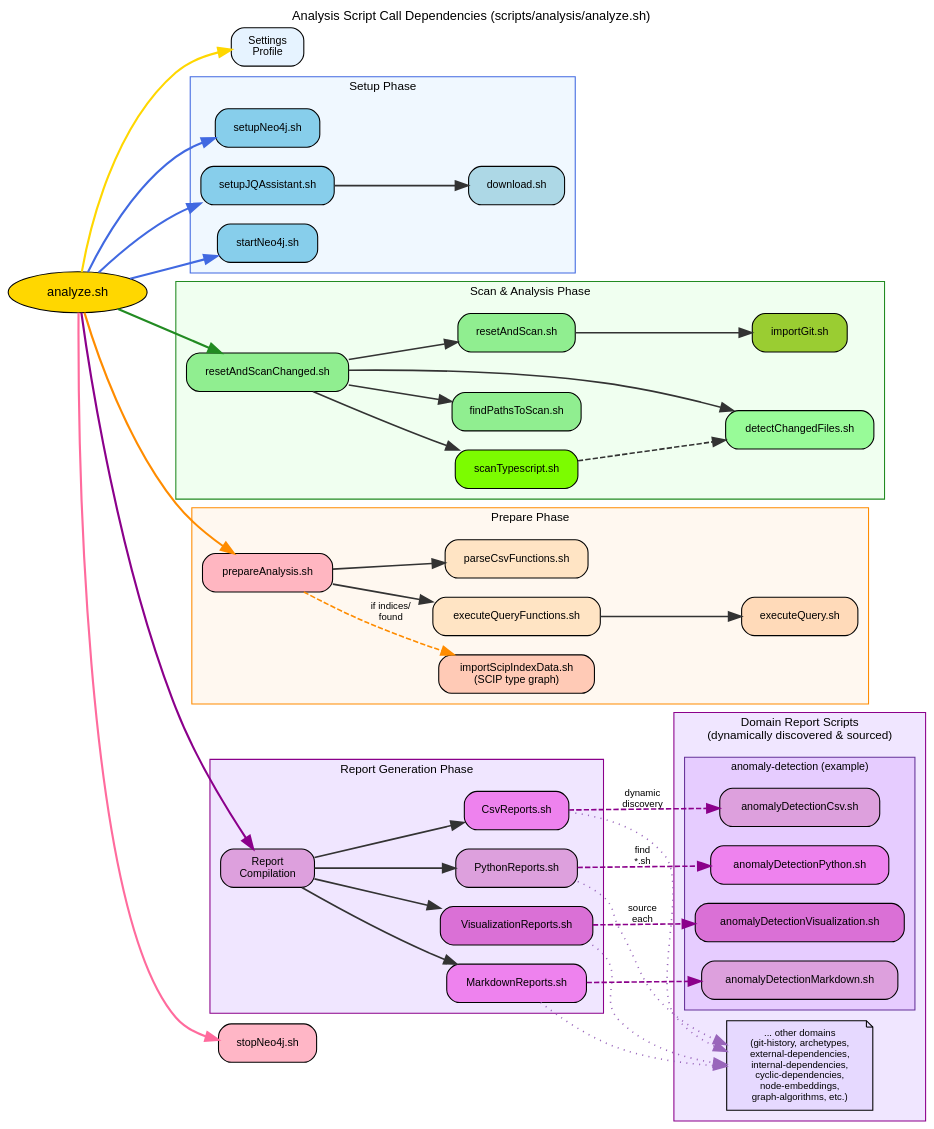
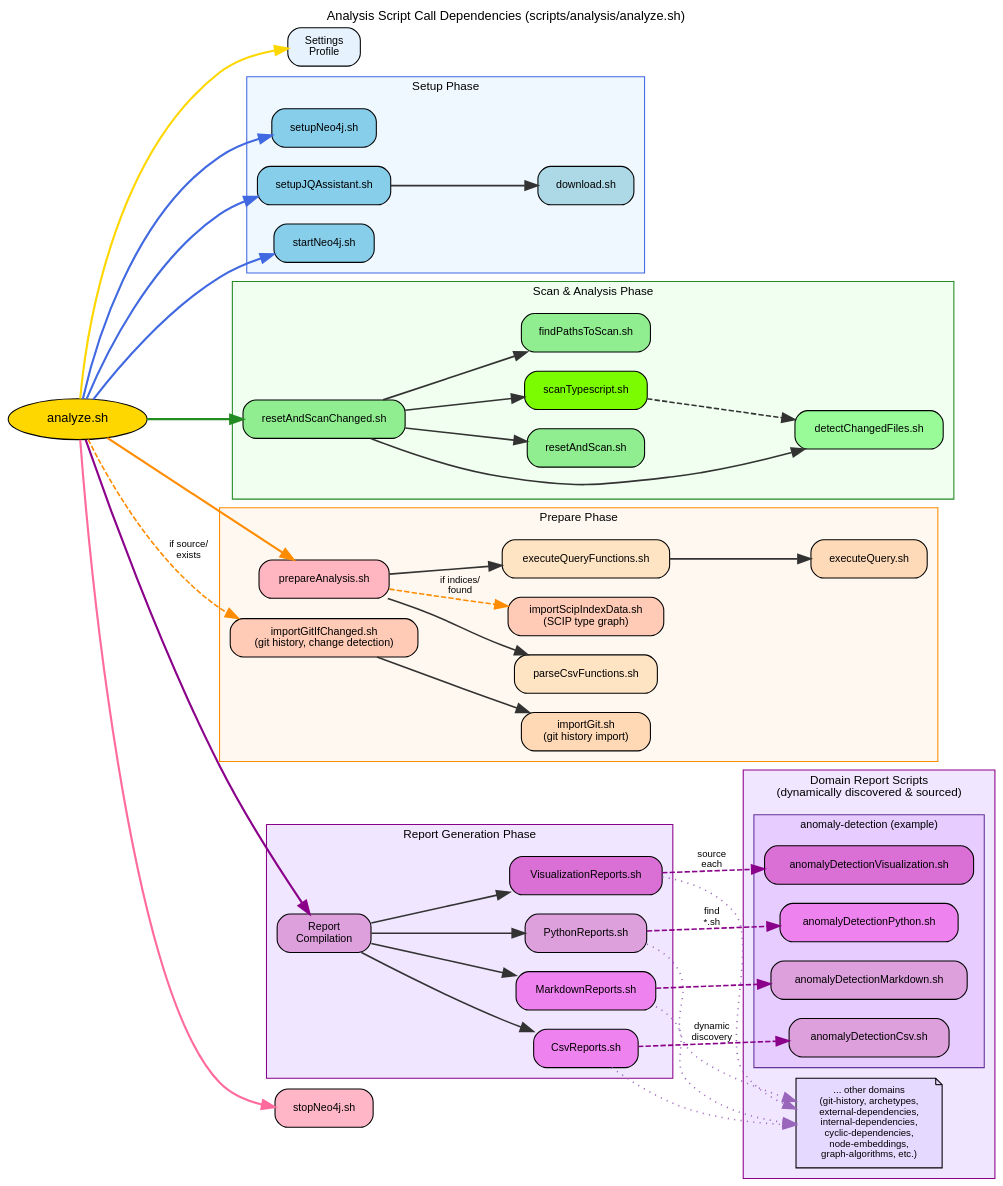
The diagram in scripts/analysis/analysis_process_graph.gv (JohT/code-graph-analysis-pipeline), drawn with Graphviz before and after one commit. The commit also changed 8 other files, not shown here.

Commit message:
Refactor git import and add change detection

```diff
--- a/scripts/analysis/analysis_process_graph.gv
+++ b/scripts/analysis/analysis_process_graph.gv
@@ -1,184 +1,185 @@
 digraph ScriptDependencies {
     graph [
         rankdir=LR,
         bgcolor="transparent",
         fontname="Helvetica",
         fontsize=12,
         labelloc="top",
         label="Analysis Script Call Dependencies (scripts/analysis/analyze.sh)"
     ];
     
     node [
         shape=box,
         style="rounded,filled",
         fontname="Helvetica",
         fontsize=10,
         margin="0.2,0.1"
     ];
     
     edge [
         fontname="Helvetica",
         fontsize=9,
         color="#333333",
         penwidth=1.5,
         arrowsize=1.2
     ];
 
     // Main entry point
     analyze [label="analyze.sh", fillcolor="#FFD700", fontcolor="black", fontweight="bold", shape="ellipse", fontsize=12];
     
     // Profile selection
     profile [label="Settings\nProfile", fillcolor="#E6F3FF"];
     
     // Setup phase - subgraph
     subgraph cluster_setup {
         label="Setup Phase";
         fontname="Helvetica";
         fontsize=11;
         style="filled";
         fillcolor="#F0F8FF";
         color="#4169E1";
         margin=10;
         
         setupNeo4j [label="setupNeo4j.sh", fillcolor="#87CEEB"];
         setupJQAssistant [label="setupJQAssistant.sh", fillcolor="#87CEEB"];
         startNeo4j [label="startNeo4j.sh", fillcolor="#87CEEB"];
         download [label="download.sh", fillcolor="#ADD8E6"];
     }
     
     // Scan phase - subgraph
     subgraph cluster_scan {
         label="Scan & Analysis Phase";
         fontname="Helvetica";
         fontsize=11;
         style="filled";
         fillcolor="#F0FFF0";
         color="#228B22";
         margin=10;
         
         resetAndScanChanged [label="resetAndScanChanged.sh", fillcolor="#90EE90"];
         scanTypescript [label="scanTypescript.sh", fillcolor="#7CFC00"];
         findPathsToScan [label="findPathsToScan.sh", fillcolor="#90EE90"];
         detectChangedFiles [label="detectChangedFiles.sh", fillcolor="#98FB98"];
         resetAndScan [label="resetAndScan.sh", fillcolor="#90EE90"];
-        importGit [label="importGit.sh", fillcolor="#9ACD32"];
     }
     
     // Prepare phase - subgraph
     subgraph cluster_prepare {
         label="Prepare Phase";
         fontname="Helvetica";
         fontsize=11;
         style="filled";
         fillcolor="#FFF8F0";
         color="#FF8C00";
         margin=10;
         
         prepareAnalysis [label="prepareAnalysis.sh", fillcolor="#FFB6C1"];
         importScipIndex [label="importScipIndexData.sh\n(SCIP type graph)", fillcolor="#FFCAB6"];
+        importGitIfChanged [label="importGitIfChanged.sh\n(git history, change detection)", fillcolor="#FFCAB6"];
+        importGit [label="importGit.sh\n(git history import)", fillcolor="#FFD9B6"];
         executeQueryFunctions [label="executeQueryFunctions.sh", fillcolor="#FFE4C4"];
         executeQuery [label="executeQuery.sh", fillcolor="#FFDAB9"];
         parseCsvFunctions [label="parseCsvFunctions.sh", fillcolor="#FFE4C4"];
     }
     
     // Report generation phase - subgraph
     subgraph cluster_reports {
         label="Report Generation Phase";
         fontname="Helvetica";
         fontsize=11;
         style="filled";
         fillcolor="#F0E6FF";
         color="#8B008B";
         margin=10;
         
         reportCompilation [label="Report\nCompilation", fillcolor="#DDA0DD", fontweight="bold"];
         csvReports [label="CsvReports.sh", fillcolor="#EE82EE"];
         pythonReports [label="PythonReports.sh", fillcolor="#DDA0DD"];
         visualizationReports [label="VisualizationReports.sh", fillcolor="#DA70D6"];
         markdownReports [label="MarkdownReports.sh", fillcolor="#EE82EE"];
     }
     
     // Cleanup phase
     stopNeo4j [label="stopNeo4j.sh", fillcolor="#FFB6C6", shape="box"];
     
     // Domain report scripts - subgraph
     subgraph cluster_domains {
         label="Domain Report Scripts\n(dynamically discovered & sourced)";
         fontname="Helvetica";
         fontsize=11;
         style="filled";
         fillcolor="#F0E6FF";
         color="#8B008B";
         margin=10;
         
         subgraph cluster_domain_anomaly {
             label="anomaly-detection (example)";
             fontsize=10;
             style="filled";
             fillcolor="#E6CCFF";
             color="#663399";
             
             anomalyCsv [label="anomalyDetectionCsv.sh", fillcolor="#DDA0DD"];
             anomalyPython [label="anomalyDetectionPython.sh", fillcolor="#EE82EE"];
             anomalyVisualization [label="anomalyDetectionVisualization.sh", fillcolor="#DA70D6"];
             anomalyMarkdown [label="anomalyDetectionMarkdown.sh", fillcolor="#DDA0DD"];
         }
         
         // Other domains indicator
         moreDomains [label="... other domains\n(git-history, archetypes,\nexternal-dependencies,\ninternal-dependencies,\ncyclic-dependencies,\nnode-embeddings,\ngraph-algorithms, etc.)", shape="note", fillcolor="#E6D9FF", fontsize=9];
     }
 
     // Main flow edges
     analyze -> profile [color="#FFD700", penwidth=2];
     analyze -> setupNeo4j [color="#4169E1", penwidth=2];
     analyze -> setupJQAssistant [color="#4169E1", penwidth=2];
     analyze -> startNeo4j [color="#4169E1", penwidth=2];
     analyze -> resetAndScanChanged [color="#228B22", penwidth=2];
+    analyze -> importGitIfChanged [label="if source/\nexists", style="dashed", color="#FF8C00"];
     analyze -> prepareAnalysis [color="#FF8C00", penwidth=2];
     analyze -> reportCompilation [color="#8B008B", penwidth=2];
     analyze -> stopNeo4j [color="#FF6B9D", penwidth=2];
     
     // Setup phase edges
     setupJQAssistant -> download;
     
     // Scan phase edges
     resetAndScanChanged -> scanTypescript;
     resetAndScanChanged -> findPathsToScan;
     resetAndScanChanged -> detectChangedFiles;
     resetAndScanChanged -> resetAndScan;
     
     scanTypescript -> detectChangedFiles [style="dashed"];
     
-    resetAndScan -> importGit;
-    
     // Prepare phase edges
     prepareAnalysis -> importScipIndex [label="if indices/\nfound", style="dashed", color="#FF8C00"];
+    importGitIfChanged -> importGit;
     prepareAnalysis -> executeQueryFunctions;
     prepareAnalysis -> parseCsvFunctions;
     
     executeQueryFunctions -> executeQuery;
     
     // Report generation edges
     reportCompilation -> csvReports;
     reportCompilation -> pythonReports;
     reportCompilation -> visualizationReports;
     reportCompilation -> markdownReports;
     
     // Domain report script edges (dynamically discovered via find and sourced)
     // Example: anomaly-detection domain
     // CSV Reports
     csvReports -> anomalyCsv [style="dashed", color="#8B008B", label="dynamic\ndiscovery"];
     csvReports -> moreDomains [style="dotted", color="#9966BB"];
     
     // Python Reports
     pythonReports -> anomalyPython [style="dashed", color="#8B008B", label="find\n*.sh"];
     pythonReports -> moreDomains [style="dotted", color="#9966BB"];
     
     // Visualization Reports
     visualizationReports -> anomalyVisualization [style="dashed", color="#8B008B", label="source\neach"];
     visualizationReports -> moreDomains [style="dotted", color="#9966BB"];
     
     // Markdown Reports
     markdownReports -> anomalyMarkdown [style="dashed", color="#8B008B"];
     markdownReports -> moreDomains [style="dotted", color="#9966BB"];
 }
```
